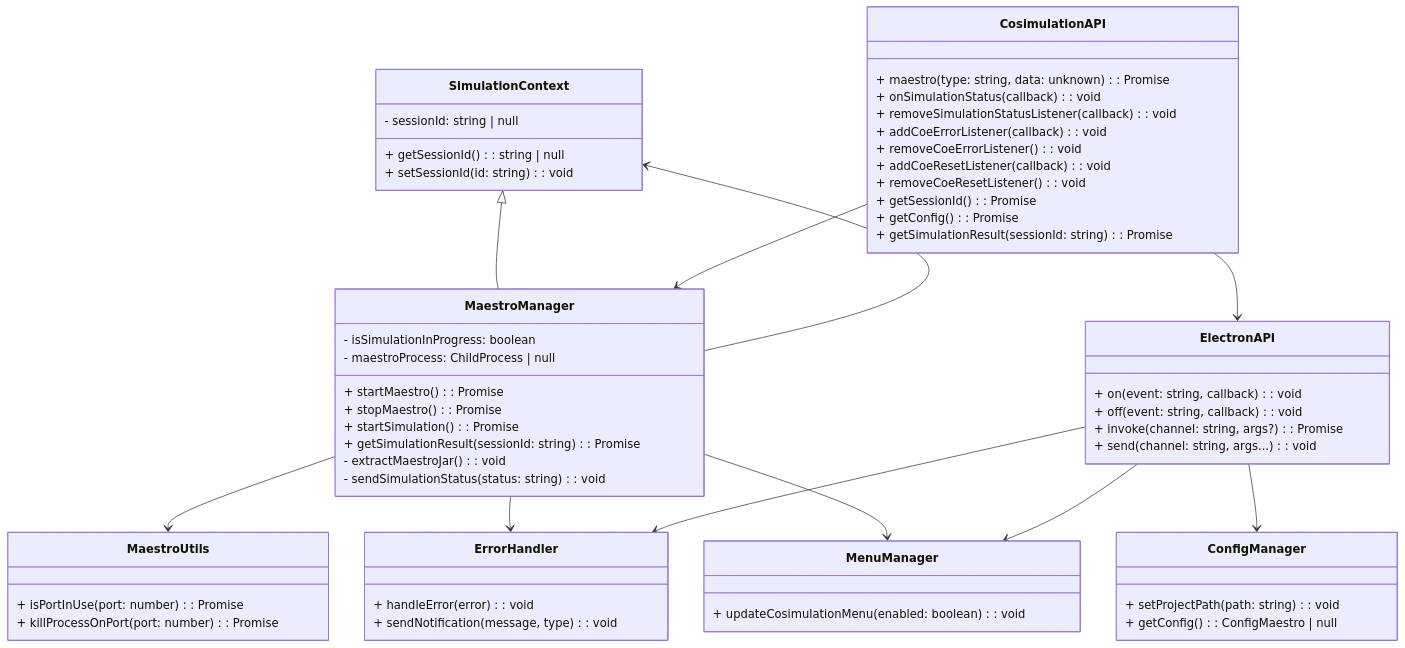
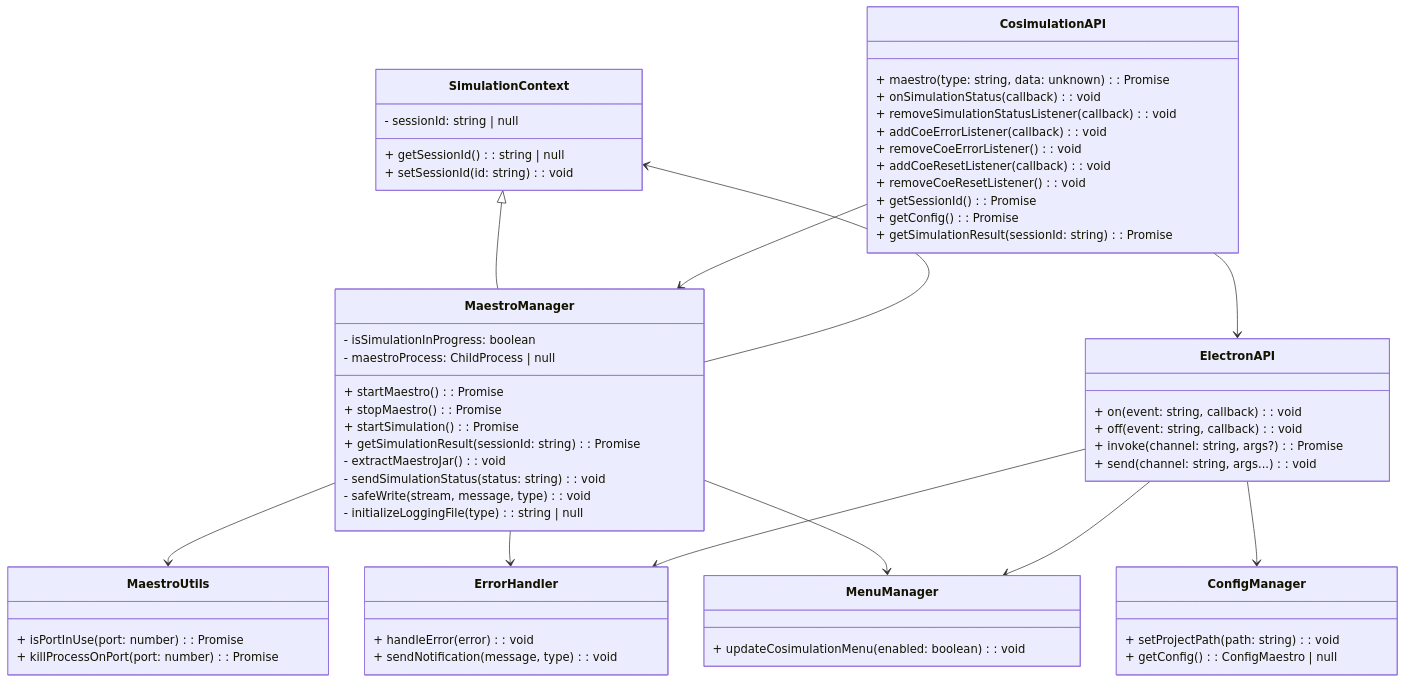
One commit to INTO-CPS-Association/into-cps-application changed the third of 6 diagrams in docs/APPLICATION LAYERS.md. Above: the diagram before and after it, drawn with Mermaid. The commit also changed other lines of this file and 3 other files, not shown here.

Commit message:
- Updated User Guide - Updated Documentation with new features - Integrated features in diagrams

````diff
--- a/docs/APPLICATION LAYERS.md
+++ b/docs/APPLICATION LAYERS.md
@@ -236,77 +236,79 @@
 ```mermaid
 classDiagram
     %% Simulation Context %%
     class SimulationContext {
         - sessionId: string | null
         + getSessionId(): string | null
         + setSessionId(id: string): void
     }
 
     %% Maestro Manager %%
     class MaestroManager {
         + startMaestro(): Promise<MaestroResponse>
         + stopMaestro(): Promise<void>
         + startSimulation(): Promise<void>
         + getSimulationResult(sessionId: string): Promise<string>
         - extractMaestroJar(): void
         - sendSimulationStatus(status: string): void
         - isSimulationInProgress: boolean
         - maestroProcess: ChildProcess | null
+        - safeWrite(stream, message, type): void
+        - initializeLoggingFile(type): string | null
     }
 
     %% Cosimulation API %%
     class CosimulationAPI {
         + maestro(type: string, data: unknown): Promise<MaestroResponse>
         + onSimulationStatus(callback): void
         + removeSimulationStatusListener(callback): void
         + addCoeErrorListener(callback): void
         + removeCoeErrorListener(): void
         + addCoeResetListener(callback): void
         + removeCoeResetListener(): void
         + getSessionId(): Promise<string | null>
         + getConfig(): Promise<ConfigMaestro | null>
         + getSimulationResult(sessionId: string): Promise<string>
     }
 
     %% Electron API %%
     class ElectronAPI {
         + on(event: string, callback): void
         + off(event: string, callback): void
         + invoke(channel: string, args?): Promise<unknown>
         + send(channel: string, args...): void
     }
 
     %% Error Handler %%
     class ErrorHandler {
         + handleError(error): void
         + sendNotification(message, type): void
     }
 
     %% Maestro Process Utilities %%
     class MaestroUtils {
         + isPortInUse(port: number): Promise<boolean>
         + killProcessOnPort(port: number): Promise<void>
     }
 
     %% Menu Manager %%
     class MenuManager {
         + updateCosimulationMenu(enabled: boolean): void
     }
 
     %% Config Manager %%
     class ConfigManager {
         + setProjectPath(path: string): void
         + getConfig(): ConfigMaestro | null
     }
 
     SimulationContext <|-- MaestroManager
     CosimulationAPI --> MaestroManager
     MaestroManager --> MaestroUtils
     MaestroManager --> ErrorHandler
     MaestroManager --> MenuManager
     MaestroManager --> SimulationContext
     CosimulationAPI --> ElectronAPI
     ElectronAPI --> ErrorHandler
     ElectronAPI --> ConfigManager
     ElectronAPI --> MenuManager
 ```
````
